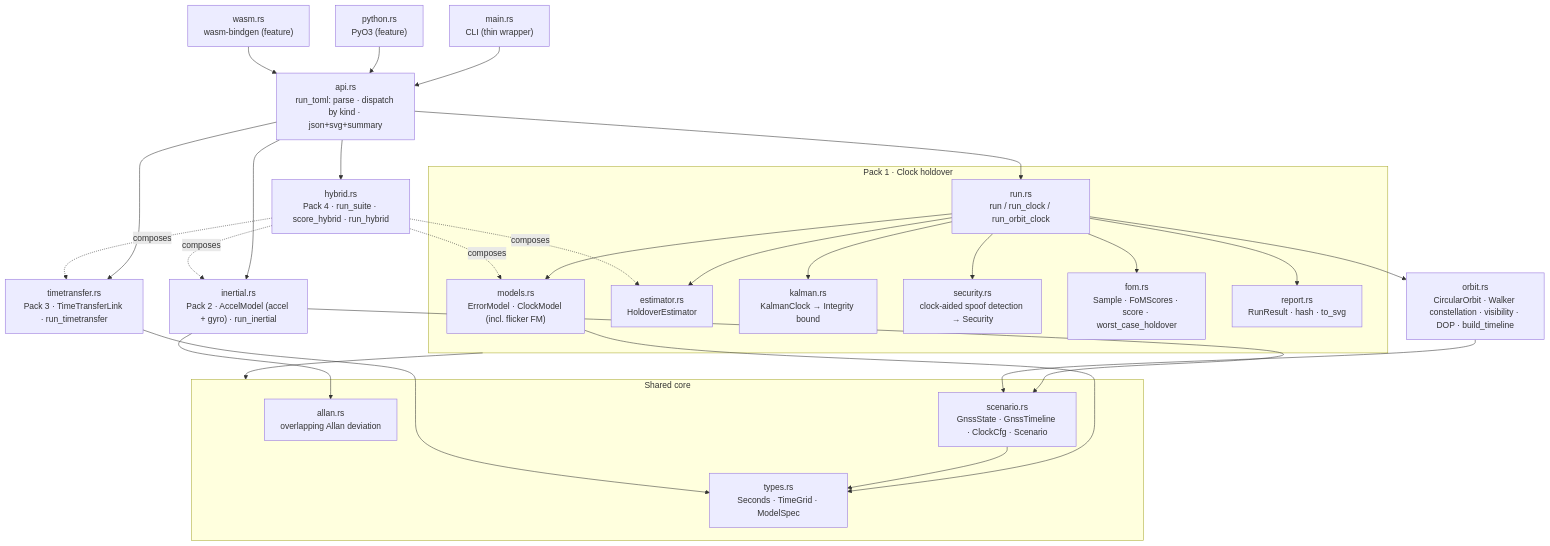
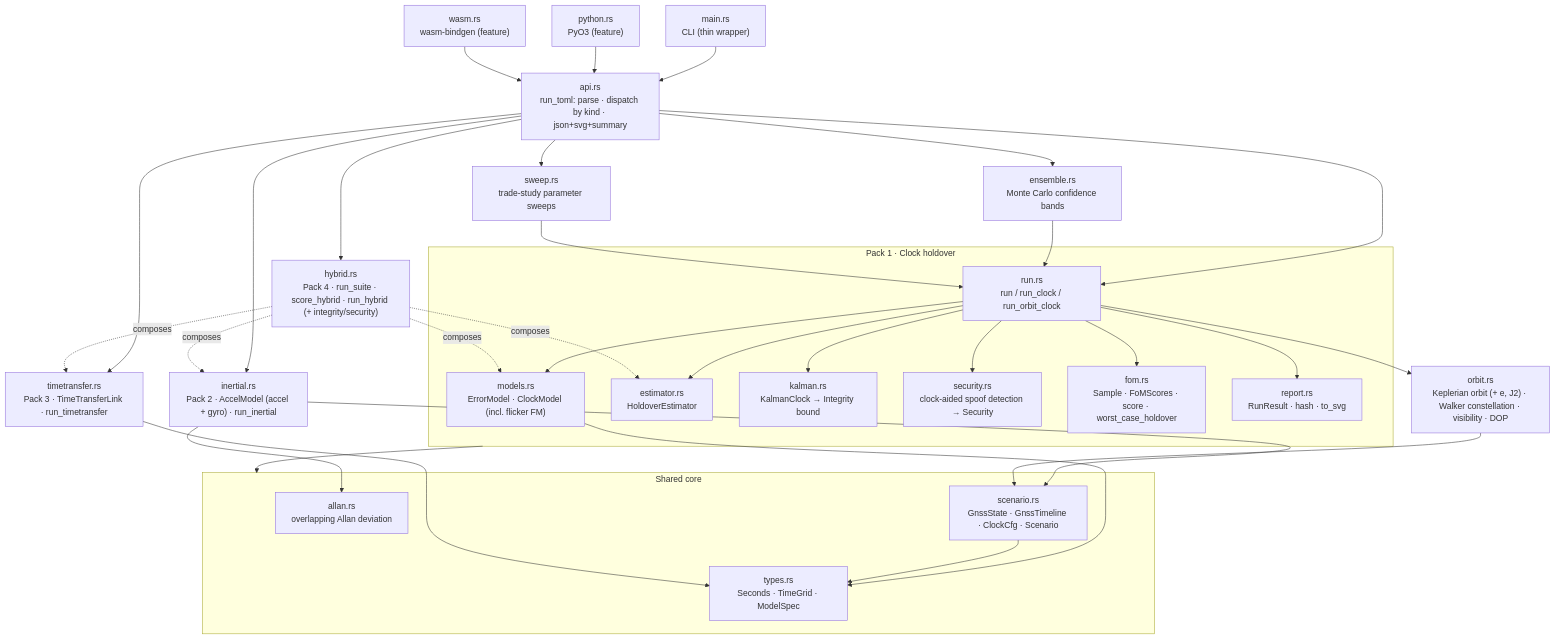
One commit to ashfordeOU/kshana changed the first of 6 diagrams in docs/ARCHITECTURE.md. Above: the diagram before and after it, drawn with Mermaid. The commit also changed other lines of this file and 6 other files, not shown here.

````diff
--- a/docs/ARCHITECTURE.md
+++ b/docs/ARCHITECTURE.md
@@ -16,55 +16,61 @@
 ```mermaid
 flowchart TD
     main["main.rs<br/>CLI (thin wrapper)"]
     py["python.rs<br/>PyO3 (feature)"]
     wasm["wasm.rs<br/>wasm-bindgen (feature)"]
     api["api.rs<br/>run_toml: parse · dispatch by kind · json+svg+summary"]
 
     subgraph shared["Shared core"]
       types["types.rs<br/>Seconds · TimeGrid · ModelSpec"]
       scenario["scenario.rs<br/>GnssState · GnssTimeline · ClockCfg · Scenario"]
       allan["allan.rs<br/>overlapping Allan deviation"]
     end
 
     subgraph pack1["Pack 1 · Clock holdover"]
       models["models.rs<br/>ErrorModel · ClockModel (incl. flicker FM)"]
       estimator["estimator.rs<br/>HoldoverEstimator"]
       kalman["kalman.rs<br/>KalmanClock → Integrity bound"]
       security["security.rs<br/>clock-aided spoof detection → Security"]
       fom["fom.rs<br/>Sample · FoMScores · score · worst_case_holdover"]
       report["report.rs<br/>RunResult · hash · to_svg"]
       run["run.rs<br/>run / run_clock / run_orbit_clock"]
     end
 
     inertial["inertial.rs<br/>Pack 2 · AccelModel (accel + gyro) · run_inertial"]
     timetransfer["timetransfer.rs<br/>Pack 3 · TimeTransferLink · run_timetransfer"]
-    hybrid["hybrid.rs<br/>Pack 4 · run_suite · score_hybrid · run_hybrid"]
-    orbit["orbit.rs<br/>CircularOrbit · Walker constellation · visibility · DOP · build_timeline"]
+    hybrid["hybrid.rs<br/>Pack 4 · run_suite · score_hybrid · run_hybrid (+ integrity/security)"]
+    orbit["orbit.rs<br/>Keplerian orbit (+ e, J2) · Walker constellation · visibility · DOP"]
+    ensemble["ensemble.rs<br/>Monte Carlo confidence bands"]
+    sweep["sweep.rs<br/>trade-study parameter sweeps"]
 
     main --> api
     py --> api
     wasm --> api
     api --> run
     api --> inertial
     api --> timetransfer
     api --> hybrid
+    api --> ensemble
+    api --> sweep
+    ensemble --> run
+    sweep --> run
 
     run --> models
     run --> estimator
     run --> kalman
     run --> security
     run --> fom
     run --> report
     run --> orbit
     models --> types
     scenario --> types
     inertial --> scenario
     timetransfer --> types
     orbit --> scenario
     hybrid -. composes .-> models
     hybrid -. composes .-> estimator
     hybrid -. composes .-> inertial
     hybrid -. composes .-> timetransfer
     pack1 --> shared
     inertial --> allan
 ```
````
